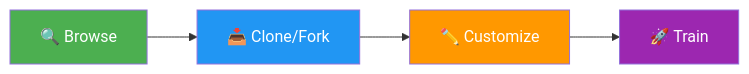
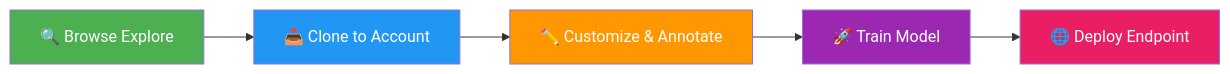
One commit to Dadalia1917/Yolo-RT-DETR-TrainCode changed the first of 3 diagrams in docs/en/platform/explore.md. Above: the diagram before and after it, drawn with Mermaid. The commit also changed other lines of this file and 303 other files, not shown here.

````diff
--- a/docs/en/platform/explore.md
+++ b/docs/en/platform/explore.md
@@ -13,11 +13,13 @@
 ```mermaid
 graph LR
-    A[🔍 Browse] --> B[📥 Clone/Fork]
-    B --> C[✏️ Customize]
-    C --> D[🚀 Train]
+    A[🔍 Browse Explore] --> B[📥 Clone to Account]
+    B --> C[✏️ Customize & Annotate]
+    C --> D[🚀 Train Model]
+    D --> E[🌐 Deploy Endpoint]
 
     style A fill:#4CAF50,color:#fff
     style B fill:#2196F3,color:#fff
     style C fill:#FF9800,color:#fff
     style D fill:#9C27B0,color:#fff
+    style E fill:#E91E63,color:#fff
 ```
````
